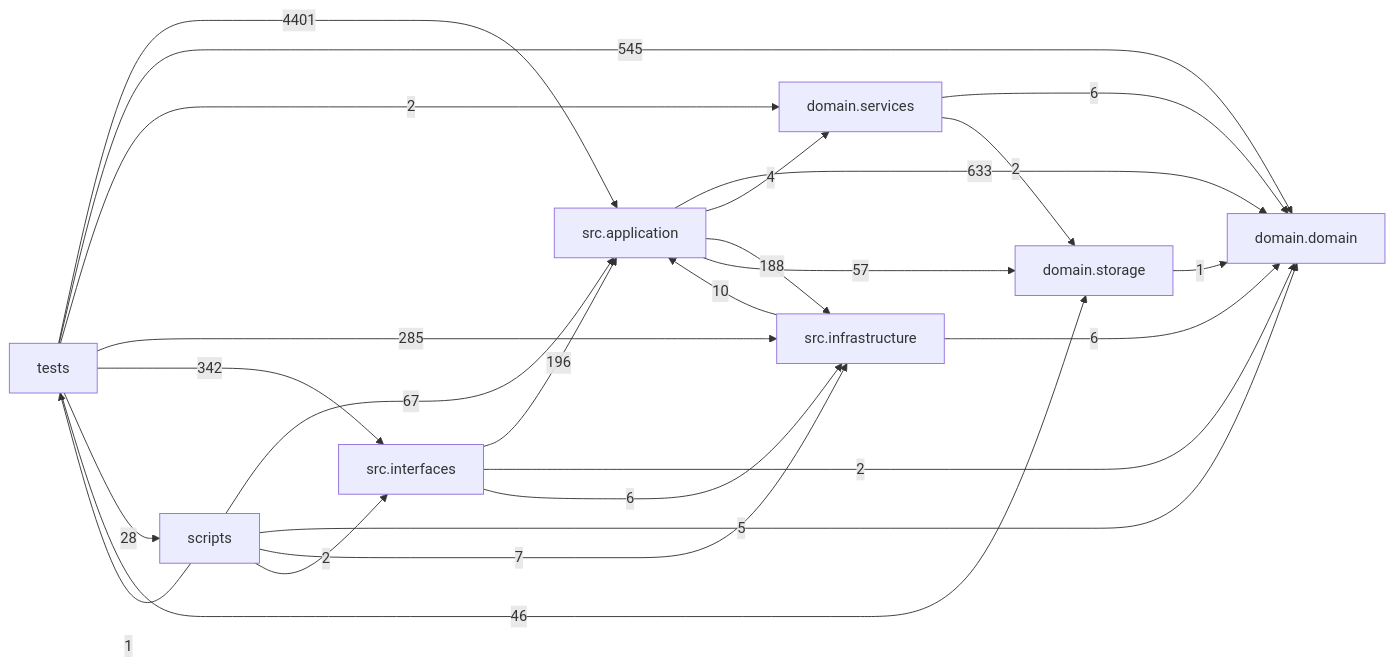
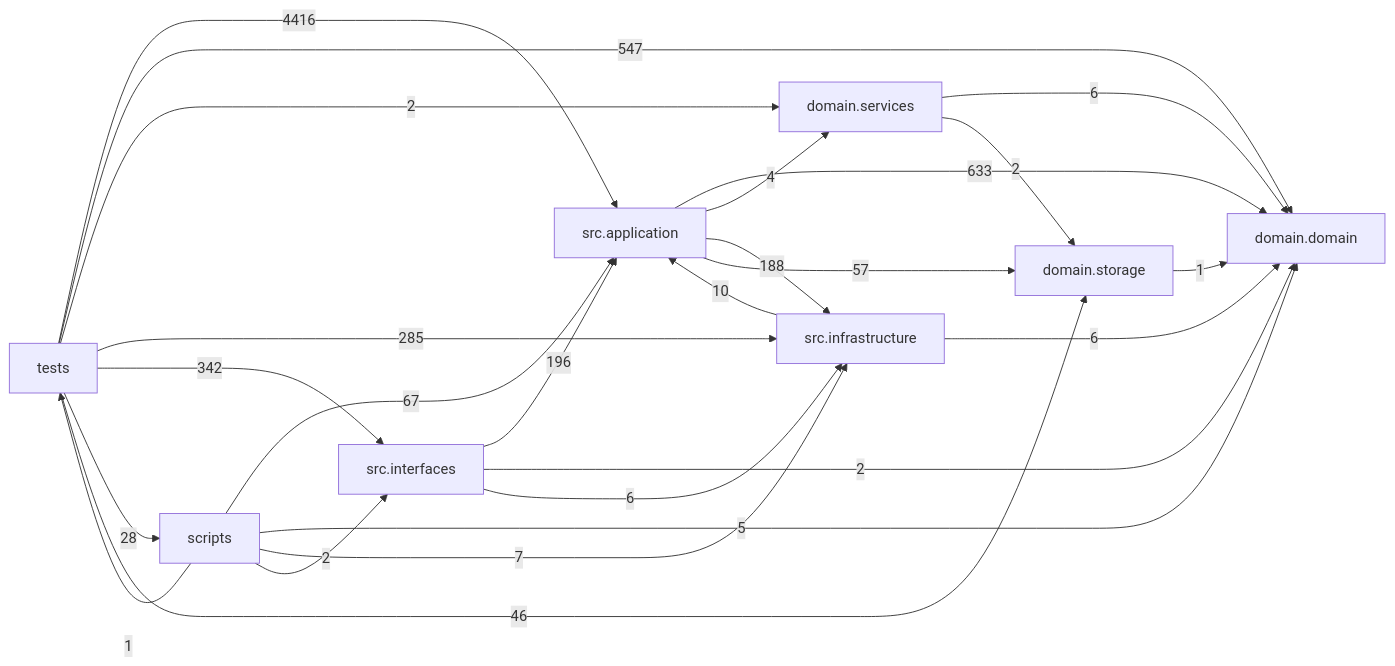
One commit to liuxie066/options-monitor changed the diagram in docs/DEPENDENCY_GRAPH.md. Above: the diagram before and after it, drawn with Mermaid. The commit also changed other lines of this file and 5 other files, not shown here.

````diff
--- a/docs/DEPENDENCY_GRAPH.md
+++ b/docs/DEPENDENCY_GRAPH.md
@@ -24,35 +24,35 @@
 ```mermaid
 flowchart LR
   tests["tests"]
   scripts["scripts"]
   interfaces["src.interfaces"]
   application["src.application"]
   infrastructure["src.infrastructure"]
   domain_services["domain.services"]
   domain["domain.domain"]
   storage["domain.storage"]
   application -->|633| domain
   application -->|4| domain_services
   application -->|188| infrastructure
   application -->|57| storage
   domain_services -->|6| domain
   domain_services -->|2| storage
   infrastructure -->|10| application
   infrastructure -->|6| domain
   interfaces -->|196| application
   interfaces -->|2| domain
   interfaces -->|6| infrastructure
   scripts -->|67| application
   scripts -->|5| domain
   scripts -->|7| infrastructure
   scripts -->|2| interfaces
   scripts -->|1| tests
   storage -->|1| domain
-  tests -->|4401| application
-  tests -->|545| domain
+  tests -->|4416| application
+  tests -->|547| domain
   tests -->|2| domain_services
   tests -->|285| infrastructure
   tests -->|342| interfaces
   tests -->|28| scripts
   tests -->|46| storage
 ```
````
